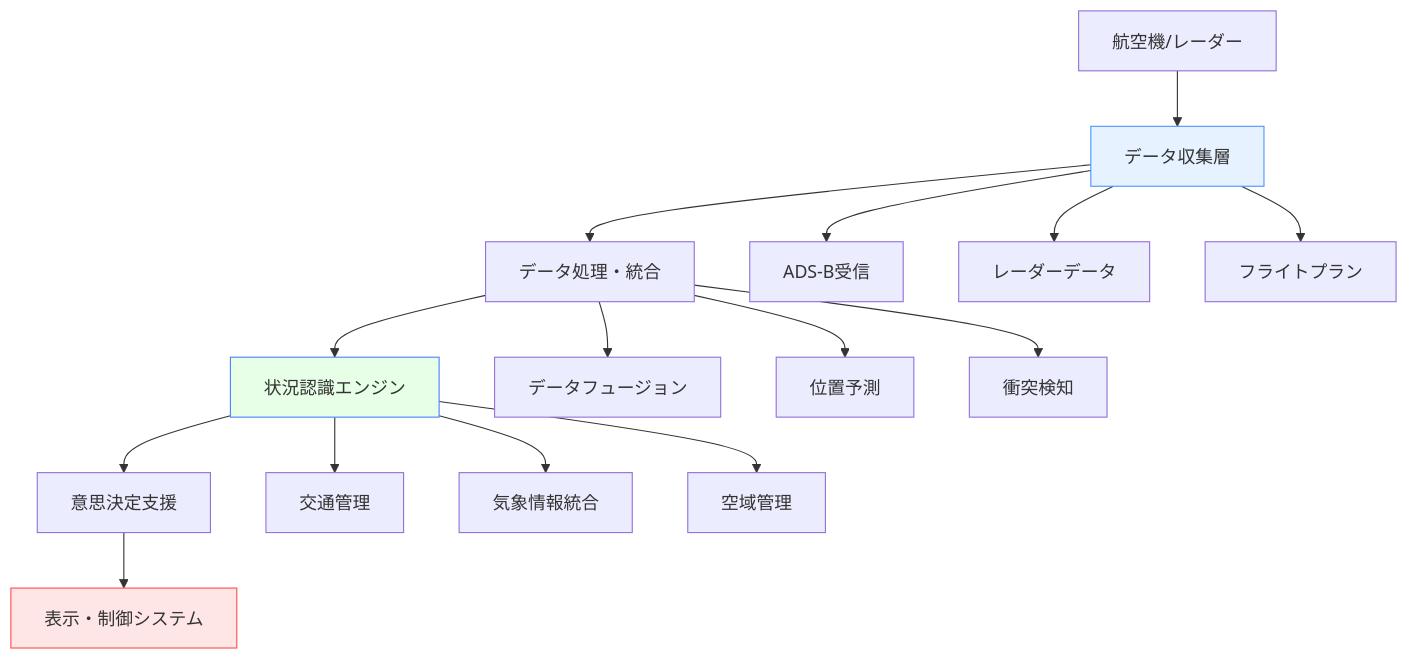
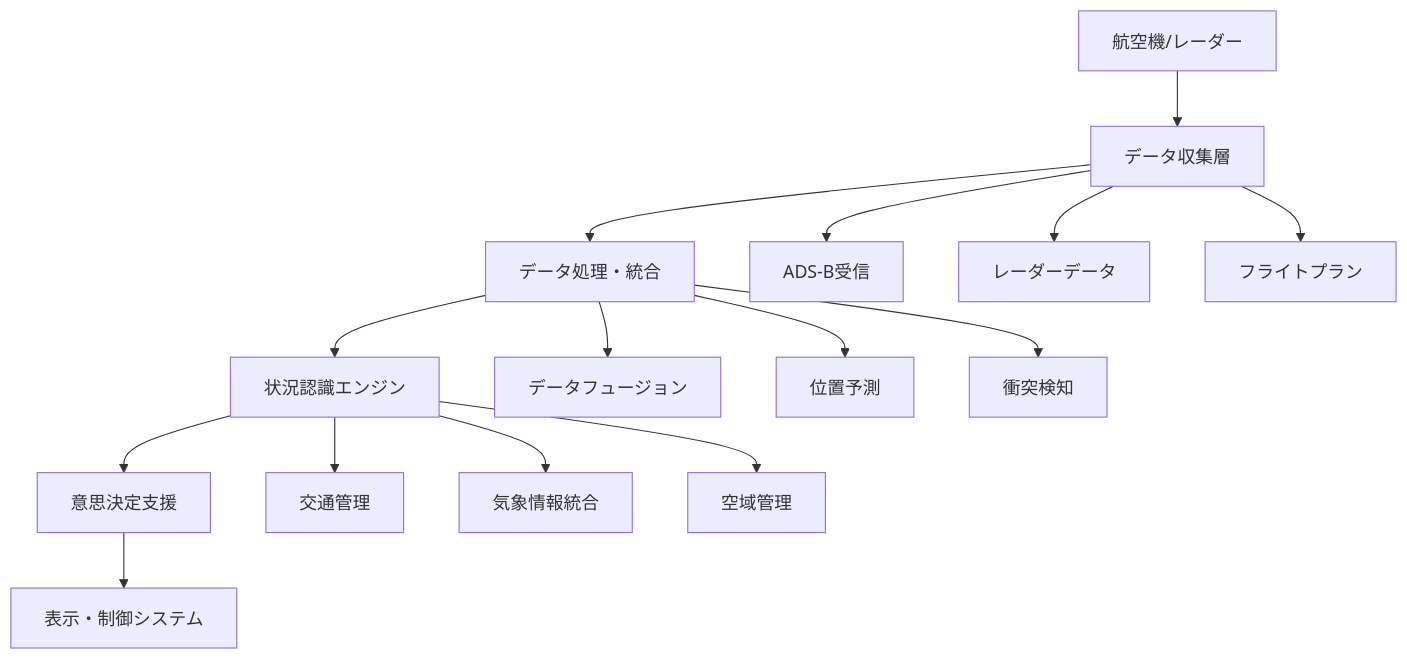
The first of 3 diagrams in docs/software/aviation-sa-software.md (shuji-bonji/Situational-Awareness-and-Decision-Making), drawn with Mermaid before and after one commit. The commit also changed other lines of this file and 49 other files, not shown here.

Commit message:
fix: ダークモードで見づらい図の色の変更

````diff
--- a/docs/software/aviation-sa-software.md
+++ b/docs/software/aviation-sa-software.md
@@ -27,23 +27,23 @@
 ```mermaid
 graph TD
     A[航空機/レーダー] --> B[データ収集層]
     B --> C[データ処理・統合]
     C --> D[状況認識エンジン]
     D --> E[意思決定支援]
     E --> F[表示・制御システム]
     
     B --> B1[ADS-B受信]
     B --> B2[レーダーデータ]
     B --> B3[フライトプラン]
     
     C --> C1[データフュージョン]
     C --> C2[位置予測]
     C --> C3[衝突検知]
     D --> D1[交通管理]
     D --> D2[気象情報統合]
     D --> D3[空域管理]
     
-    style B fill:#e6f2ff,stroke:#4d94ff
-    style D fill:#e6ffe6,stroke:#4d7fff
-    style F fill:#ffe6e6,stroke:#ff4d4d
+
+
+
 ```
````
